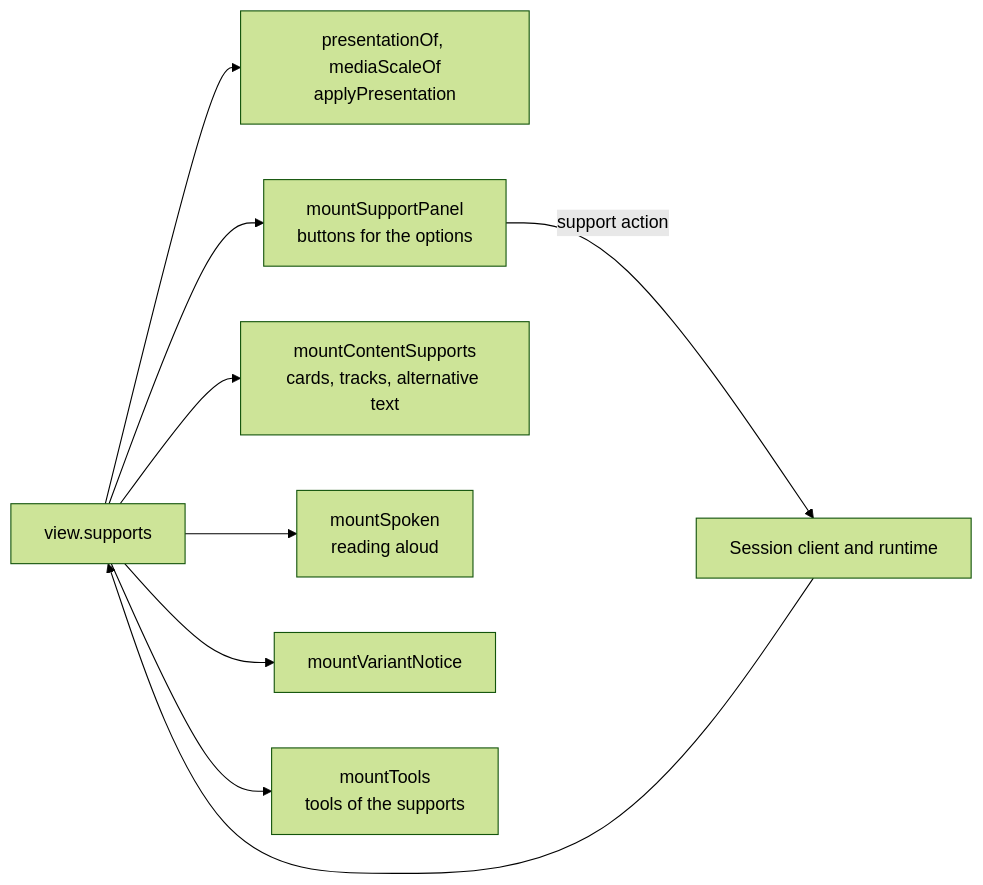
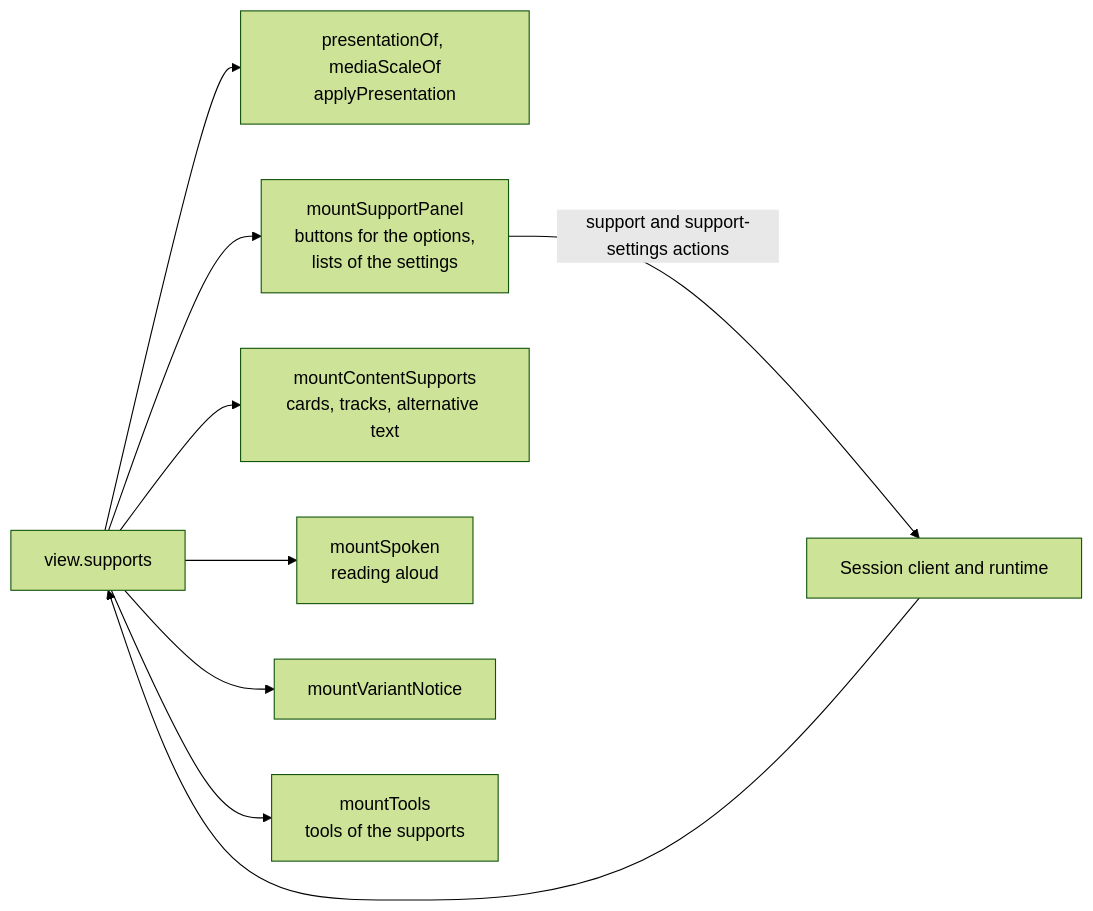
The first of 2 diagrams in docs/player/supports.md (assesskit/assesskit), drawn with Mermaid (forest theme) before and after one commit. The commit also changed other lines of this file and 50 other files, not shown here.

First line of the commit message:
Let the candidate change the settings of a support during the session with a support-settings action that the state keeps, and give the panel a list of the amount of magnification up to 400 percent beside the list of color themes

````diff
--- a/docs/player/supports.md
+++ b/docs/player/supports.md
@@ -7,11 +7,11 @@
 ```mermaid
 flowchart LR
   view["view.supports"] --> look["presentationOf, mediaScaleOf<br/>applyPresentation"]
-  view --> panel["mountSupportPanel<br/>buttons for the options"]
+  view --> panel["mountSupportPanel<br/>buttons for the options,<br/>lists of the settings"]
   view --> content["mountContentSupports<br/>cards, tracks, alternative text"]
   view --> spoken["mountSpoken<br/>reading aloud"]
   view --> variant["mountVariantNotice"]
   view --> tools["mountTools<br/>tools of the supports"]
-  panel -- "support action" --> engine["Session client and runtime"]
+  panel -- "support and support-settings actions" --> engine["Session client and runtime"]
   engine --> view
 ```
````
